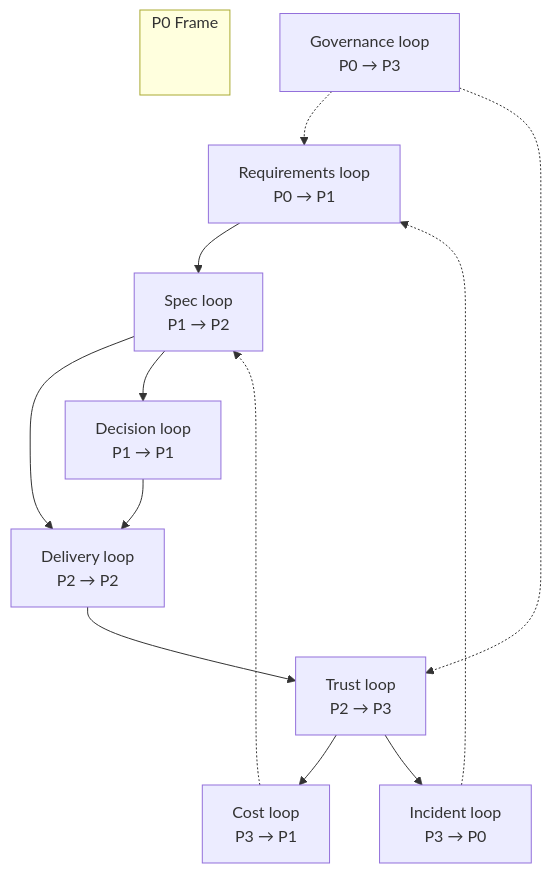
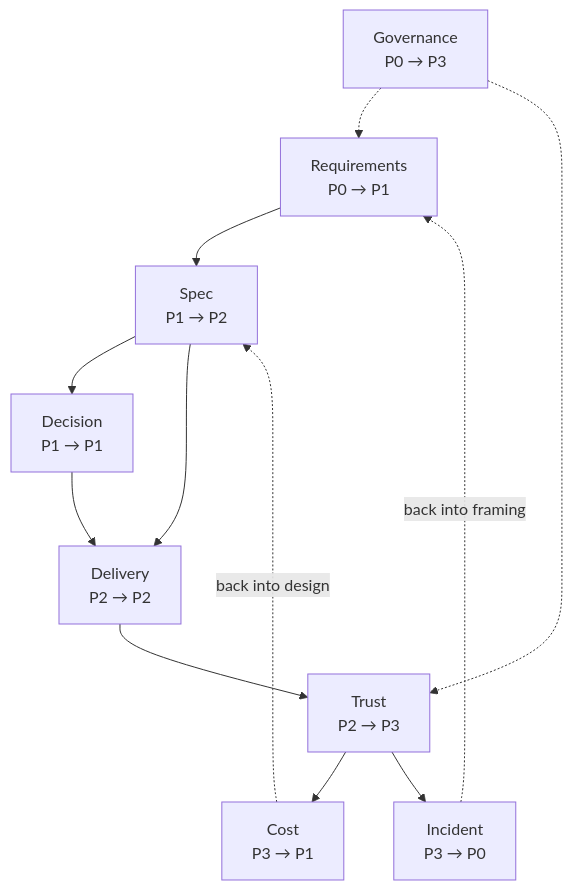
The second of 3 diagrams in wiki/The-Agentic-PDLC.md (akash-coded/aws-bedrock-agentcore-strands), drawn with Mermaid before and after one commit.

Commit message:
Simplify the loop diagram; all 28 wiki diagrams parse

````diff
--- a/wiki/The-Agentic-PDLC.md
+++ b/wiki/The-Agentic-PDLC.md
@@ -59,23 +59,14 @@
 ```mermaid
 flowchart TD
-  subgraph P0[" P0 Frame "]
-    REQ1(( )):::hide
-  end
-  R["Requirements loop<br/>P0 → P1"]
-  S["Spec loop<br/>P1 → P2"]
-  D["Decision loop<br/>P1 → P1"]
-  DE["Delivery loop<br/>P2 → P2"]
-  T["Trust loop<br/>P2 → P3"]
-  C["Cost loop<br/>P3 → P1"]
-  I["Incident loop<br/>P3 → P0"]
-  G["Governance loop<br/>P0 → P3"]
-  R --> S --> DE --> T
-  S --> D --> DE
-  T --> C
-  C -.-> S
-  T --> I
-  I -.-> R
-  G -.-> R
+  R["Requirements<br/>P0 → P1"] --> S["Spec<br/>P1 → P2"]
+  S --> D["Decision<br/>P1 → P1"]
+  D --> DE["Delivery<br/>P2 → P2"]
+  S --> DE
+  DE --> T["Trust<br/>P2 → P3"]
+  T --> C["Cost<br/>P3 → P1"]
+  T --> I["Incident<br/>P3 → P0"]
+  C -.->|"back into design"| S
+  I -.->|"back into framing"| R
+  G["Governance<br/>P0 → P3"] -.-> R
   G -.-> T
-  classDef hide fill:none,stroke:none
 ```
````
